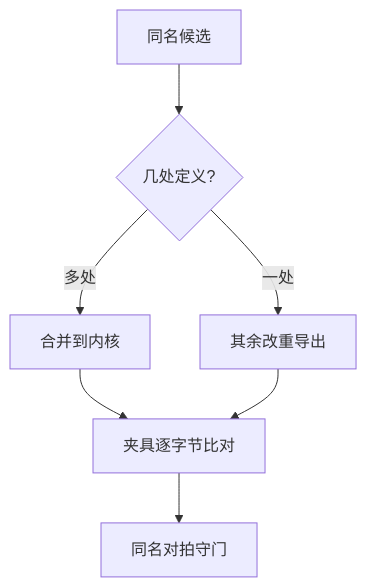
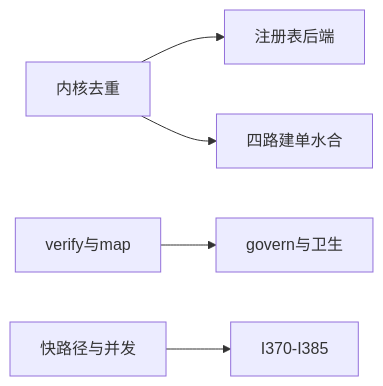
Before and after one commit to FiretrUCK666/project-forge: the diagram in docs/specs/261120-issue115-w25-kernel-dedup-spec.md, drawn with Mermaid. The commit also changed other lines of this file and 1 other file, not shown here.

````diff
--- a/docs/specs/261120-issue115-w25-kernel-dedup-spec.md
+++ b/docs/specs/261120-issue115-w25-kernel-dedup-spec.md
@@ -68,9 +116,7 @@
 ```mermaid
-flowchart TD
-  S1["同名候选"] --> Q{"几处定义?"}
-  Q -->|多处| M1["合并到内核"]
-  Q -->|一处| K1["其余改重导出"]
-  M1 --> T1["夹具逐字节比对"]
-  K1 --> T1
-  T1 --> G1["同名对拍守门"]
+flowchart LR
+  K["内核去重"] --> R["注册表后端"]
+  K --> I["四路建单水合"]
+  V["verify与map"] --> G["govern与卫生"]
+  P["快路径与并发"] --> F["I370-I385"]
 ```
````
